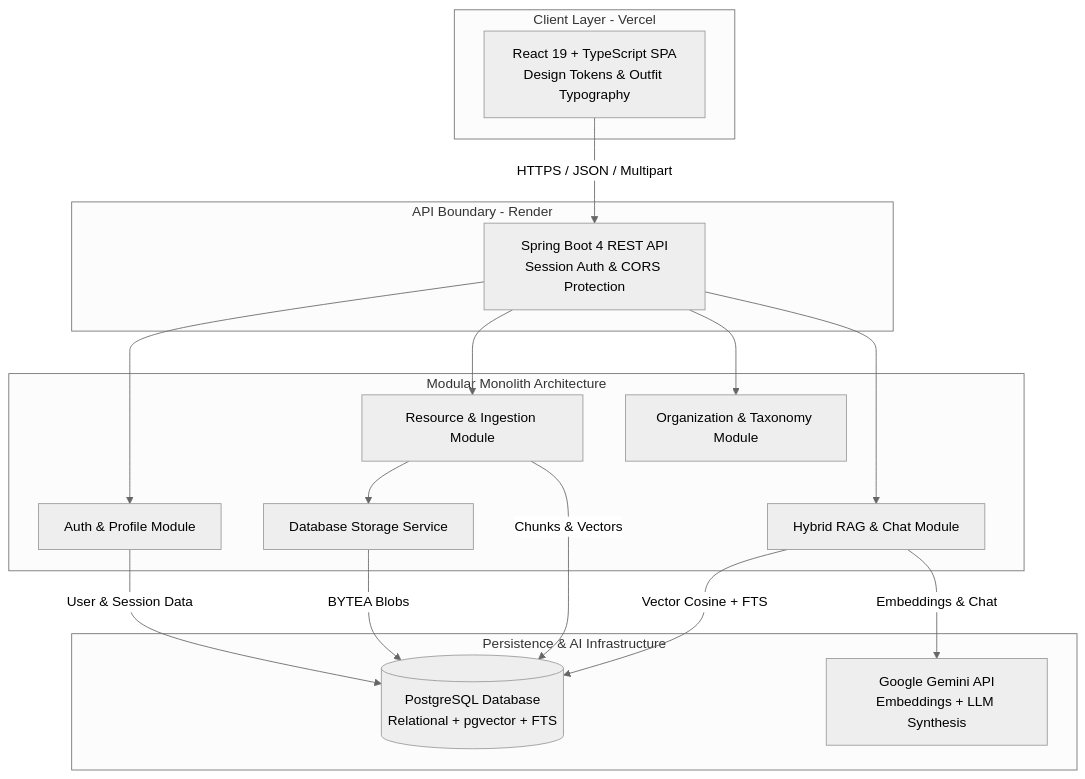
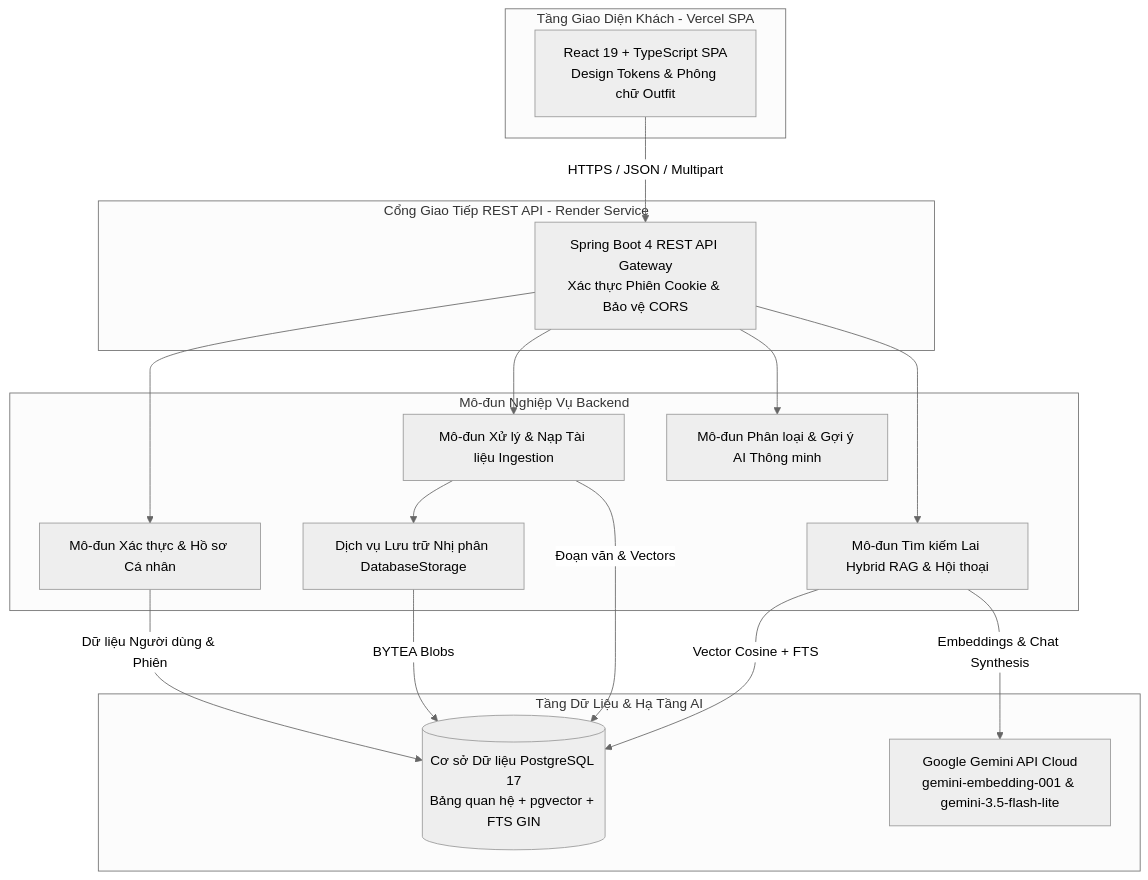
Before and after one commit to dbp3206-source/group_sync: the second of 2 diagrams in docs/01_guides/KNOWLEDGEOS_GUIDE.md, drawn with Mermaid (neutral theme). The commit also changed other lines of this file and 8 other files, not shown here.

````diff
--- a/docs/01_guides/KNOWLEDGEOS_GUIDE.md
+++ b/docs/01_guides/KNOWLEDGEOS_GUIDE.md
@@ -45,36 +50,36 @@
 ```mermaid
 graph TB
-    subgraph ClientLayer [Client Layer - Vercel]
-        SPA[React 19 + TypeScript SPA<br>Design Tokens & Outfit Typography]
+    subgraph ClientLayer [Tầng Giao Diện Khách - Vercel SPA]
+        SPA[React 19 + TypeScript SPA<br>Design Tokens & Phông chữ Outfit]
     end
 
-    subgraph APILayer [API Boundary - Render]
-        GW[Spring Boot 4 REST API<br>Session Auth & CORS Protection]
+    subgraph APILayer [Cổng Giao Tiếp REST API - Render Service]
+        GW[Spring Boot 4 REST API Gateway<br>Xác thực Phiên Cookie & Bảo vệ CORS]
     end
 
-    subgraph BackendModules [Modular Monolith Architecture]
-        AuthMod[Auth & Profile Module]
-        ResMod[Resource & Ingestion Module]
-        OrgMod[Organization & Taxonomy Module]
-        RAGMod[Hybrid RAG & Chat Module]
-        StoreMod[Database Storage Service]
+    subgraph BackendModules [Mô-đun Nghiệp Vụ Backend]
+        AuthMod[Mô-đun Xác thực & Hồ sơ Cá nhân]
+        ResMod[Mô-đun Xử lý & Nạp Tài liệu Ingestion]
+        OrgMod[Mô-đun Phân loại & Gợi ý AI Thông minh]
+        RAGMod[Mô-đun Tìm kiếm Lai Hybrid RAG & Hội thoại]
+        StoreMod[Dịch vụ Lưu trữ Nhị phân DatabaseStorage]
     end
 
-    subgraph DataLayer [Persistence & AI Infrastructure]
-        PG[(PostgreSQL Database<br>Relational + pgvector + FTS)]
-        Gemini[Google Gemini API<br>Embeddings + LLM Synthesis]
+    subgraph DataLayer [Tầng Dữ Liệu & Hạ Tầng AI]
+        PG[(Cơ sở Dữ liệu PostgreSQL 17<br>Bảng quan hệ + pgvector + FTS GIN)]
+        Gemini[Google Gemini API Cloud<br>gemini-embedding-001 & gemini-3.5-flash-lite]
     end
 
     SPA -->|HTTPS / JSON / Multipart| GW
     GW --> AuthMod
     GW --> ResMod
     GW --> OrgMod
     GW --> RAGMod
 
     ResMod --> StoreMod
     StoreMod -->|BYTEA Blobs| PG
-    ResMod -->|Chunks & Vectors| PG
+    ResMod -->|Đoạn văn & Vectors| PG
     RAGMod -->|Vector Cosine + FTS| PG
-    RAGMod -->|Embeddings & Chat| Gemini
-    AuthMod -->|User & Session Data| PG
+    RAGMod -->|Embeddings & Chat Synthesis| Gemini
+    AuthMod -->|Dữ liệu Người dùng & Phiên| PG
 ```
````
